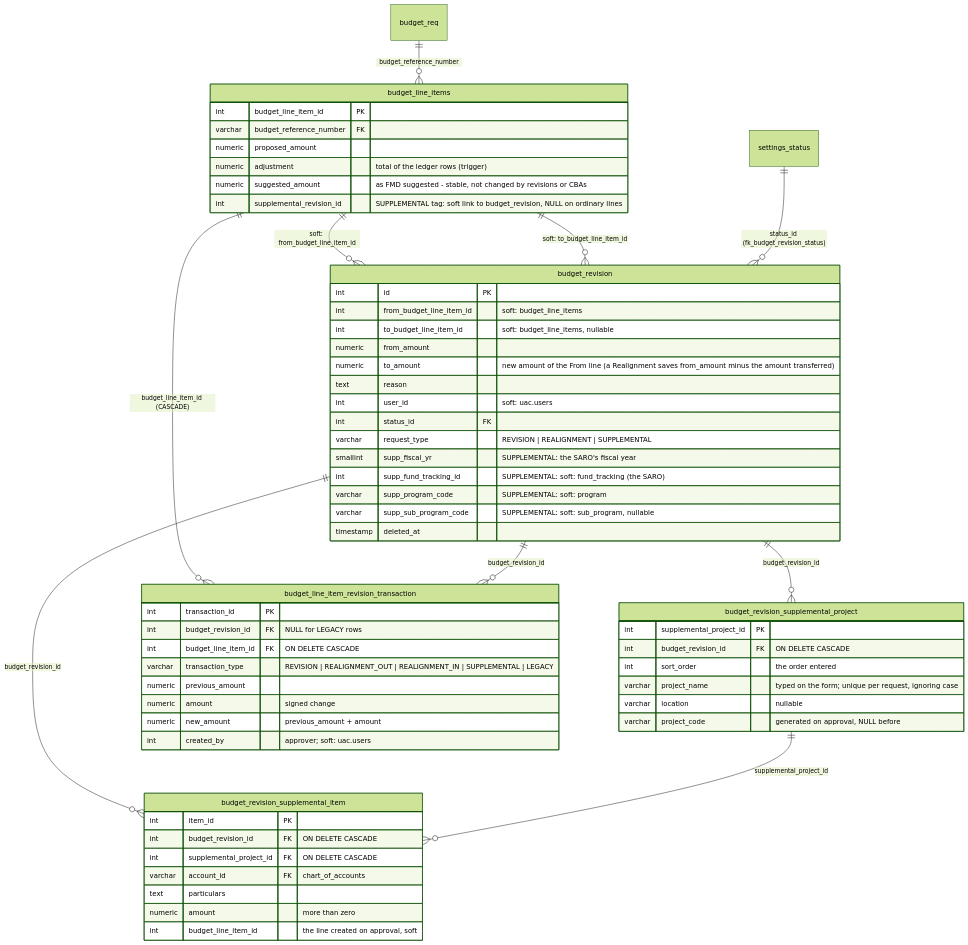
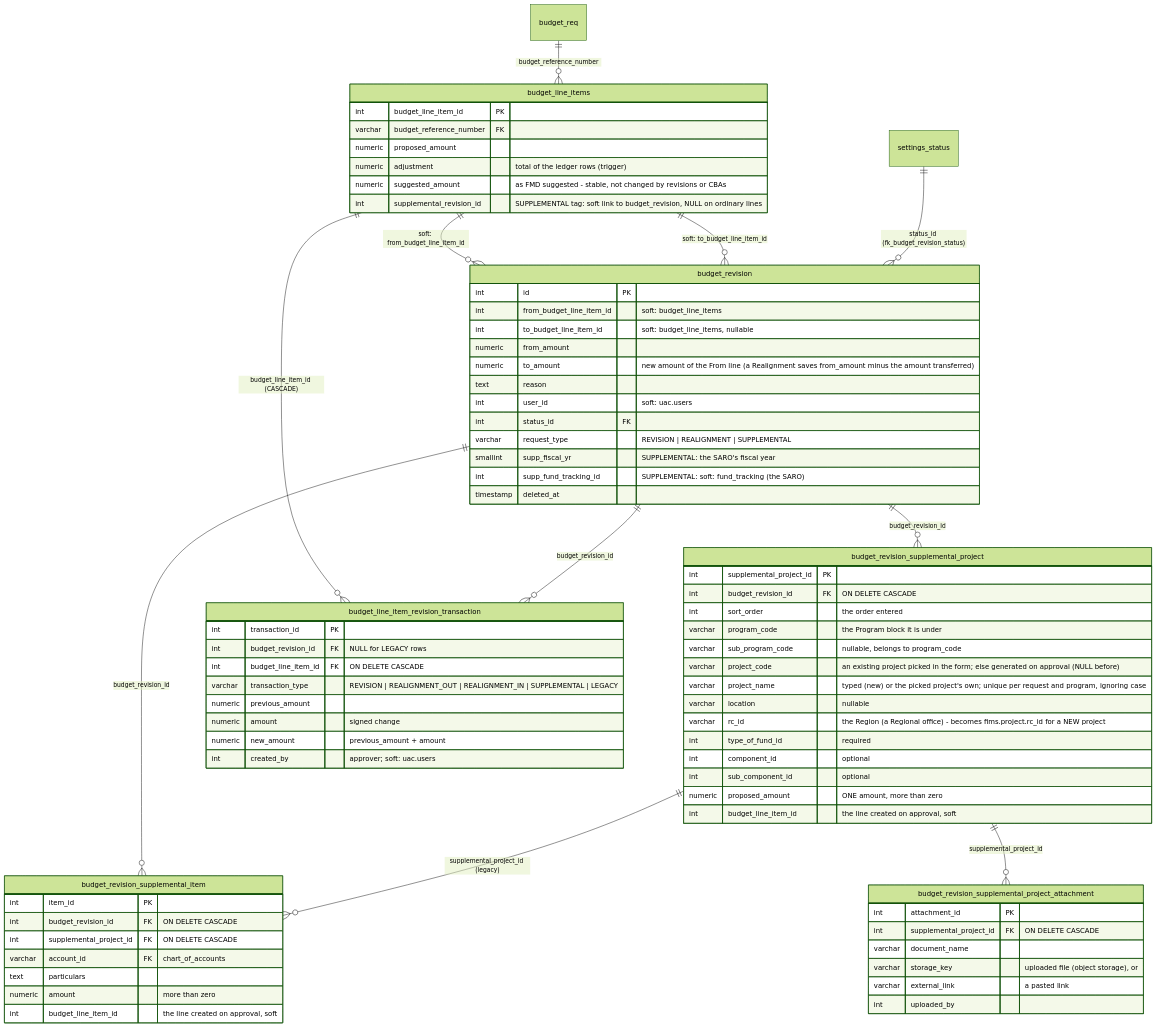
One commit to A-team-ITBS/fims-nha changed the fifth of 39 diagrams in system_docs/ERD/README.md. Above: the diagram before and after it, drawn with Mermaid (forest theme). The commit also changed other lines of this file and 18 other files, not shown here.

First line of the commit message:
Refactor Budget Revision and COB Monitoring Documentation

````diff
--- a/system_docs/ERD/README.md
+++ b/system_docs/ERD/README.md
@@ -345,63 +345,78 @@
 ```mermaid
 erDiagram
     budget_revision {
         int id PK
         int from_budget_line_item_id "soft: budget_line_items"
         int to_budget_line_item_id "soft: budget_line_items, nullable"
         numeric from_amount
         numeric to_amount "new amount of the From line (a Realignment saves from_amount minus the amount transferred)"
         text reason
         int user_id "soft: uac.users"
         int status_id FK
         varchar request_type "REVISION | REALIGNMENT | SUPPLEMENTAL"
         smallint supp_fiscal_yr "SUPPLEMENTAL: the SARO's fiscal year"
         int supp_fund_tracking_id "SUPPLEMENTAL: soft: fund_tracking (the SARO)"
-        varchar supp_program_code "SUPPLEMENTAL: soft: program"
-        varchar supp_sub_program_code "SUPPLEMENTAL: soft: sub_program, nullable"
         timestamp deleted_at
     }
     budget_revision_supplemental_project {
         int supplemental_project_id PK
         int budget_revision_id FK "ON DELETE CASCADE"
         int sort_order "the order entered"
-        varchar project_name "typed on the form; unique per request, ignoring case"
+        varchar program_code "the Program block it is under"
+        varchar sub_program_code "nullable, belongs to program_code"
+        varchar project_code "an existing project picked in the form; else generated on approval (NULL before)"
+        varchar project_name "typed (new) or the picked project's own; unique per request and program, ignoring case"
         varchar location "nullable"
-        varchar project_code "generated on approval, NULL before"
+        varchar rc_id "the Region (a Regional office) - becomes fims.project.rc_id for a NEW project"
+        int type_of_fund_id "required"
+        int component_id "optional"
+        int sub_component_id "optional"
+        numeric proposed_amount "ONE amount, more than zero"
+        int budget_line_item_id "the line created on approval, soft"
+    }
+    budget_revision_supplemental_project_attachment {
+        int attachment_id PK
+        int supplemental_project_id FK "ON DELETE CASCADE"
+        varchar document_name
+        varchar storage_key "uploaded file (object storage), or"
+        varchar external_link "a pasted link"
+        int uploaded_by
     }
     budget_revision_supplemental_item {
         int item_id PK
         int budget_revision_id FK "ON DELETE CASCADE"
         int supplemental_project_id FK "ON DELETE CASCADE"
         varchar account_id FK "chart_of_accounts"
         text particulars
         numeric amount "more than zero"
         int budget_line_item_id "the line created on approval, soft"
     }
     budget_revision ||--o{ budget_revision_supplemental_project : "budget_revision_id"
     budget_revision ||--o{ budget_revision_supplemental_item : "budget_revision_id"
-    budget_revision_supplemental_project ||--o{ budget_revision_supplemental_item : "supplemental_project_id"
+    budget_revision_supplemental_project ||--o{ budget_revision_supplemental_item : "supplemental_project_id (legacy)"
+    budget_revision_supplemental_project ||--o{ budget_revision_supplemental_project_attachment : "supplemental_project_id"
     budget_line_items {
         int budget_line_item_id PK
         varchar budget_reference_number FK
         numeric proposed_amount
         numeric adjustment "total of the ledger rows (trigger)"
         numeric suggested_amount "as FMD suggested - stable, not changed by revisions or CBAs"
         int supplemental_revision_id "SUPPLEMENTAL tag: soft link to budget_revision, NULL on ordinary lines"
     }
     budget_line_item_revision_transaction {
         int transaction_id PK
         int budget_revision_id FK "NULL for LEGACY rows"
         int budget_line_item_id FK "ON DELETE CASCADE"
         varchar transaction_type "REVISION | REALIGNMENT_OUT | REALIGNMENT_IN | SUPPLEMENTAL | LEGACY"
         numeric previous_amount
         numeric amount "signed change"
         numeric new_amount "previous_amount + amount"
         int created_by "approver; soft: uac.users"
     }
     budget_line_items ||--o{ budget_line_item_revision_transaction : "budget_line_item_id (CASCADE)"
     budget_revision ||--o{ budget_line_item_revision_transaction : "budget_revision_id"
     budget_line_items ||--o{ budget_revision : "soft: from_budget_line_item_id"
     budget_line_items ||--o{ budget_revision : "soft: to_budget_line_item_id"
     settings_status ||--o{ budget_revision : "status_id (fk_budget_revision_status)"
     budget_req ||--o{ budget_line_items : "budget_reference_number"
 ```
````
